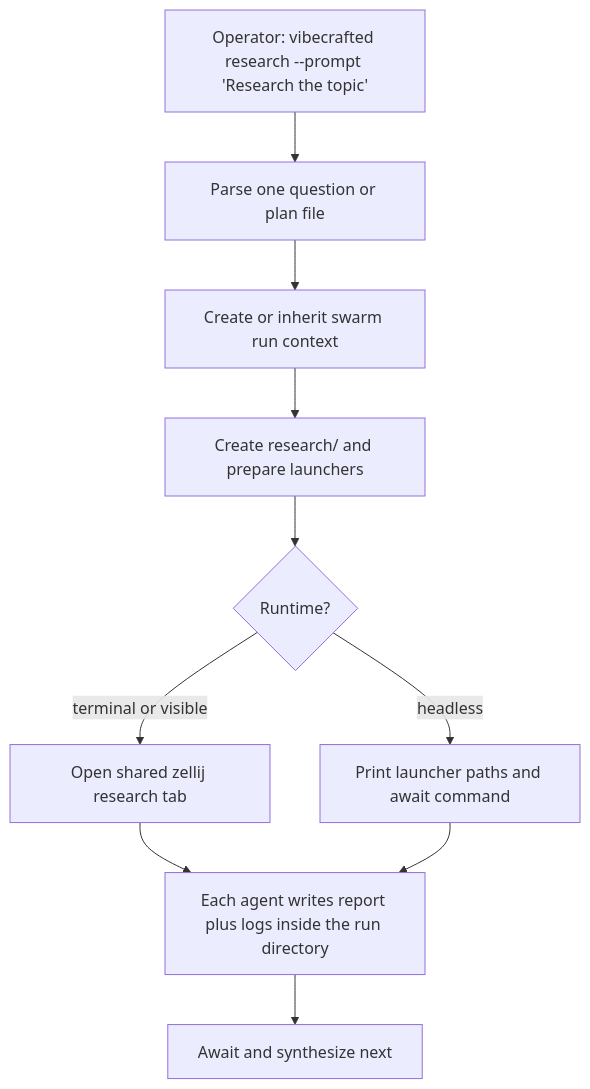
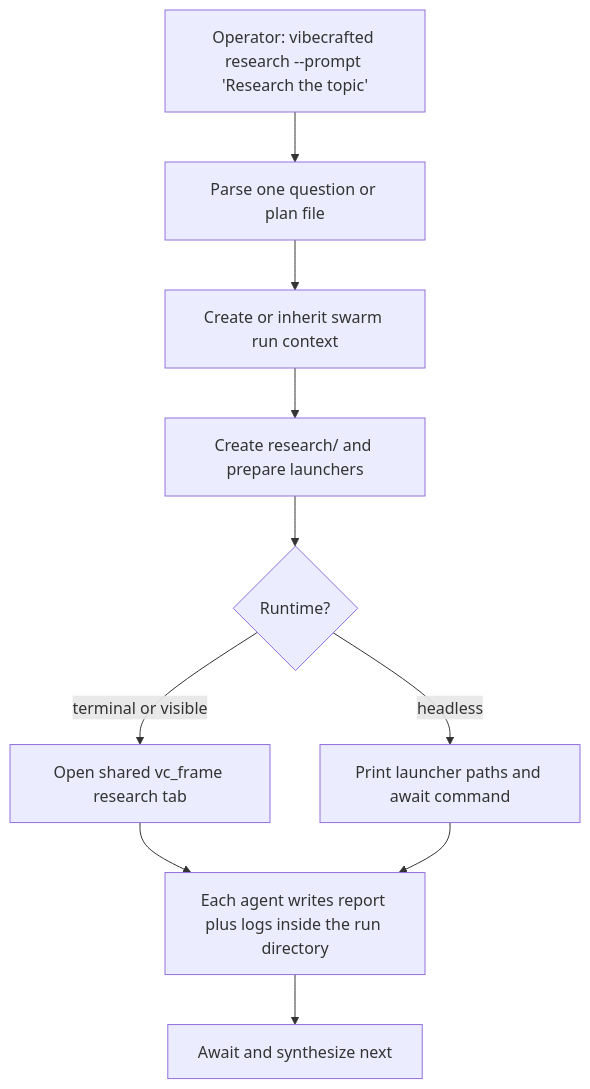
One commit to VetCoders/vibecrafted changed the diagram in vibecrafted-core/vibecrafted_core/skills/pl/vc-research/FLOW.md. Above: the diagram before and after it, drawn with Mermaid. The commit also changed other lines of this file and 29 other files, not shown here.

````diff
--- a/vibecrafted-core/vibecrafted_core/skills/pl/vc-research/FLOW.md
+++ b/vibecrafted-core/vibecrafted_core/skills/pl/vc-research/FLOW.md
@@ -5,12 +5,12 @@
 ```mermaid
 flowchart TD
     A[Operator: vibecrafted research --prompt 'Research the topic'] --> B[Parse one question or plan file]
     B --> C[Create or inherit swarm run context]
     C --> D[Create research/<run_id> and prepare launchers]
     D --> E{Runtime?}
-    E -->|terminal or visible| F[Open shared zellij research tab]
+    E -->|terminal or visible| F[Open shared vc_frame research tab]
     E -->|headless| G[Print launcher paths and await command]
     F --> H[Each agent writes report plus logs inside the run directory]
     G --> H
     H --> I[Await and synthesize next]
 ```
````
